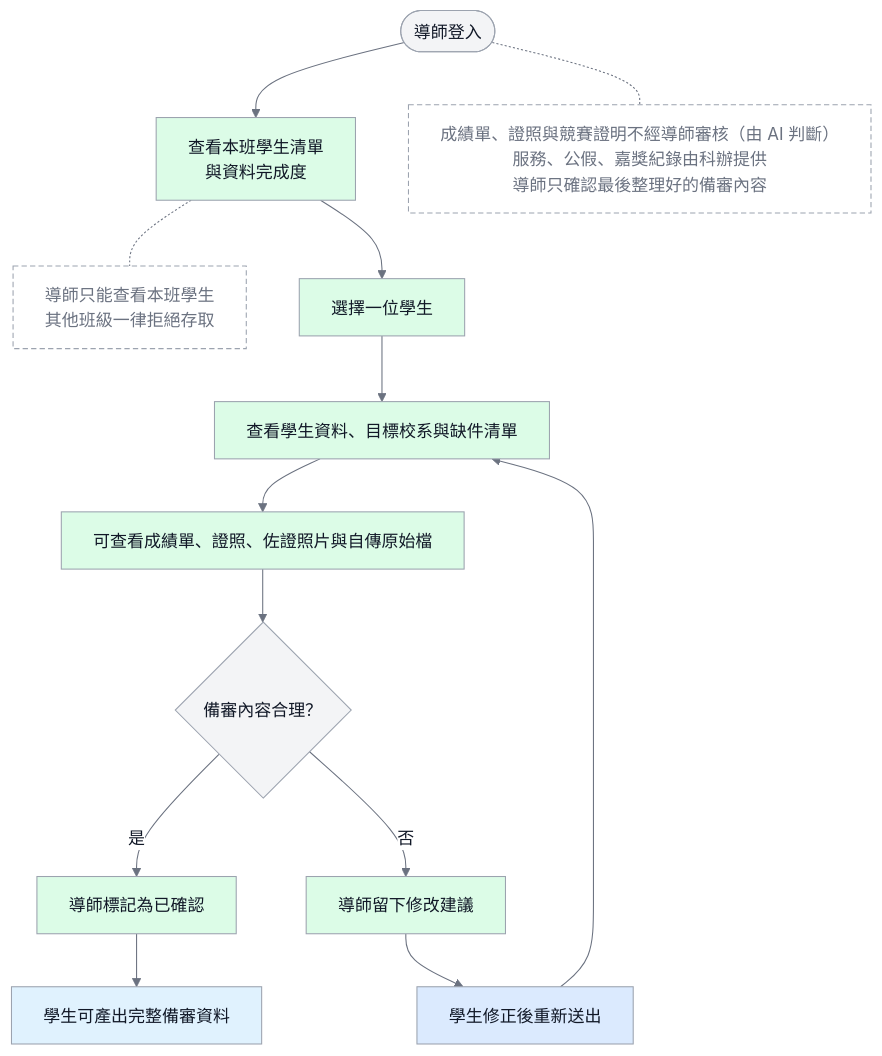
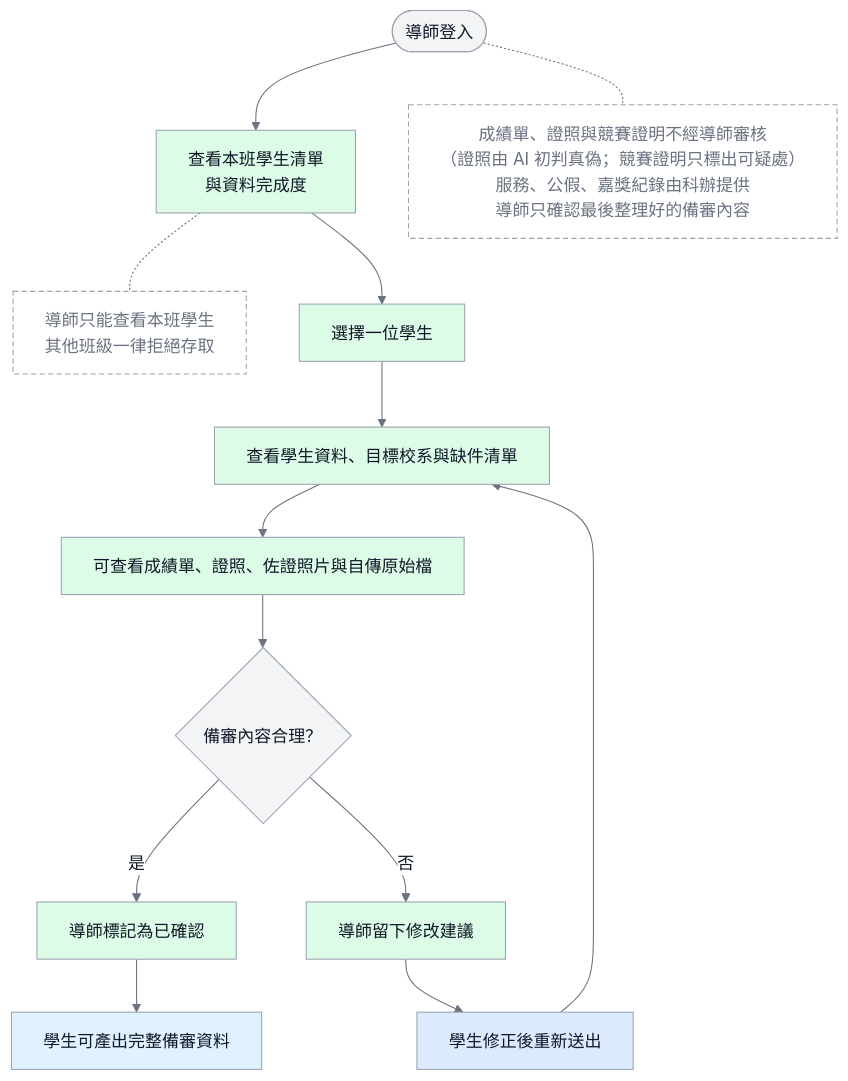
One commit to vujhdcusa/1028 changed the diagram in docs/images/D-16-teacher-confirm-flow.mmd. Above: the diagram before and after it, drawn with Mermaid. The commit also changed 5 other files, not shown here.

```diff
--- a/docs/images/D-16-teacher-confirm-flow.mmd
+++ b/docs/images/D-16-teacher-confirm-flow.mmd
@@ -1,23 +1,23 @@
 %%{init: {'theme':'base','themeVariables': {'fontFamily':'Microsoft JhengHei, Noto Sans TC, Arial, sans-serif','primaryColor':'#F3F4F6','primaryTextColor':'#111827','primaryBorderColor':'#9CA3AF','lineColor':'#6B7280','edgeLabelBackground':'#FFFFFF'},'flowchart':{'wrappingWidth':400}}}%%
 flowchart TD
     classDef student fill:#DBEAFE,stroke:#9CA3AF,color:#111827,stroke-width:1px;
     classDef teacher fill:#DCFCE7,stroke:#9CA3AF,color:#111827,stroke-width:1px;
     classDef admin fill:#EDE9FE,stroke:#9CA3AF,color:#111827,stroke-width:1px;
     classDef system fill:#E0F2FE,stroke:#9CA3AF,color:#111827,stroke-width:1px;
     classDef store fill:#F3F4F6,stroke:#9CA3AF,color:#111827,stroke-width:1px;
     classDef ai fill:#FFEDD5,stroke:#9CA3AF,color:#111827,stroke-width:1px;
     classDef alert fill:#FEE2E2,stroke:#9CA3AF,color:#111827,stroke-width:1px;
     classDef pending fill:#FFFFFF,stroke:#9CA3AF,color:#6B7280,stroke-width:1px,stroke-dasharray:5 3;
 
     Start([導師登入]) --> List[查看本班學生清單<br/>與資料完成度]:::teacher
     List -.- Scope[導師只能查看本班學生<br/>其他班級一律拒絕存取]:::pending
-    Start -.- NoCert[成績單、證照與競賽證明不經導師審核（由 AI 判斷）<br/>服務、公假、嘉獎紀錄由科辦提供<br/>導師只確認最後整理好的備審內容]:::pending
+    Start -.- NoCert[成績單、證照與競賽證明不經導師審核<br/>（證照由 AI 初判真偽；競賽證明只標出可疑處）<br/>服務、公假、嘉獎紀錄由科辦提供<br/>導師只確認最後整理好的備審內容]:::pending
     List --> Pick[選擇一位學生]:::teacher
     Pick --> View[查看學生資料、目標校系與缺件清單]:::teacher
     View --> Original[可查看成績單、證照、佐證照片與自傳原始檔]:::teacher
     Original --> Reasonable{備審內容合理？}
     Reasonable -- 是 --> Confirm[導師標記為已確認]:::teacher
     Confirm --> Ready[學生可產出完整備審資料]:::system
     Reasonable -- 否 --> Advice[導師留下修改建議]:::teacher
     Advice --> Fix[學生修正後重新送出]:::student
     Fix --> View
```
